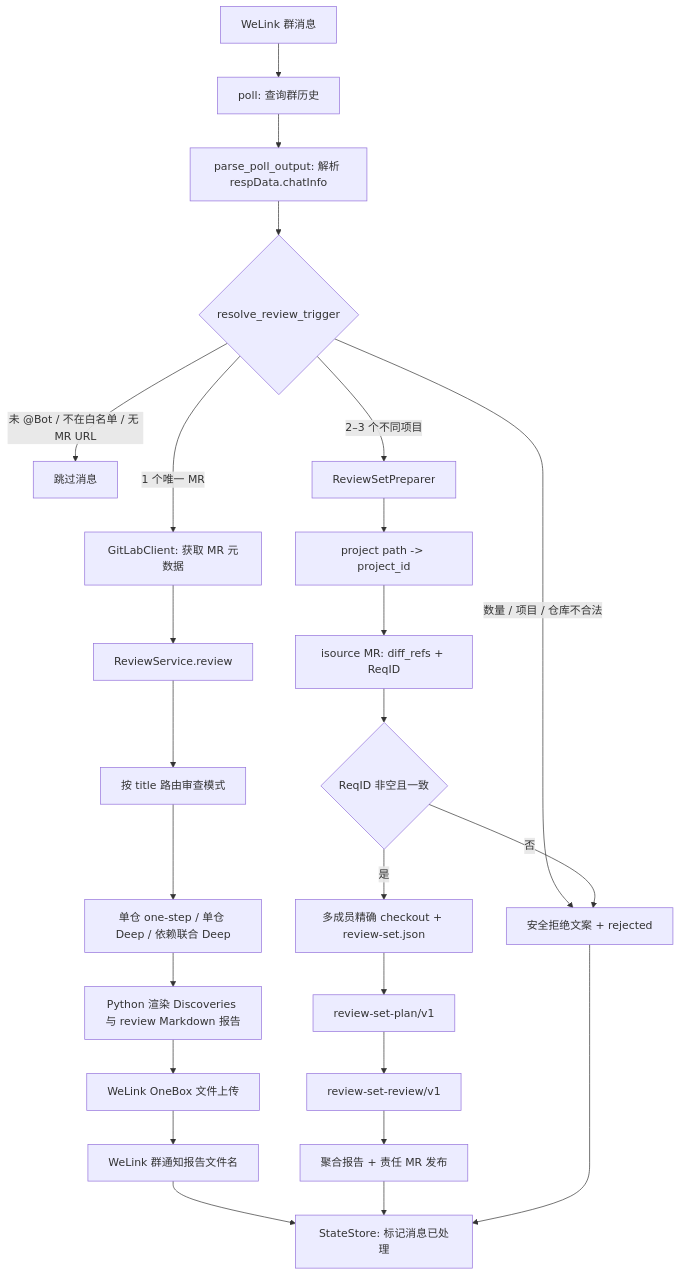
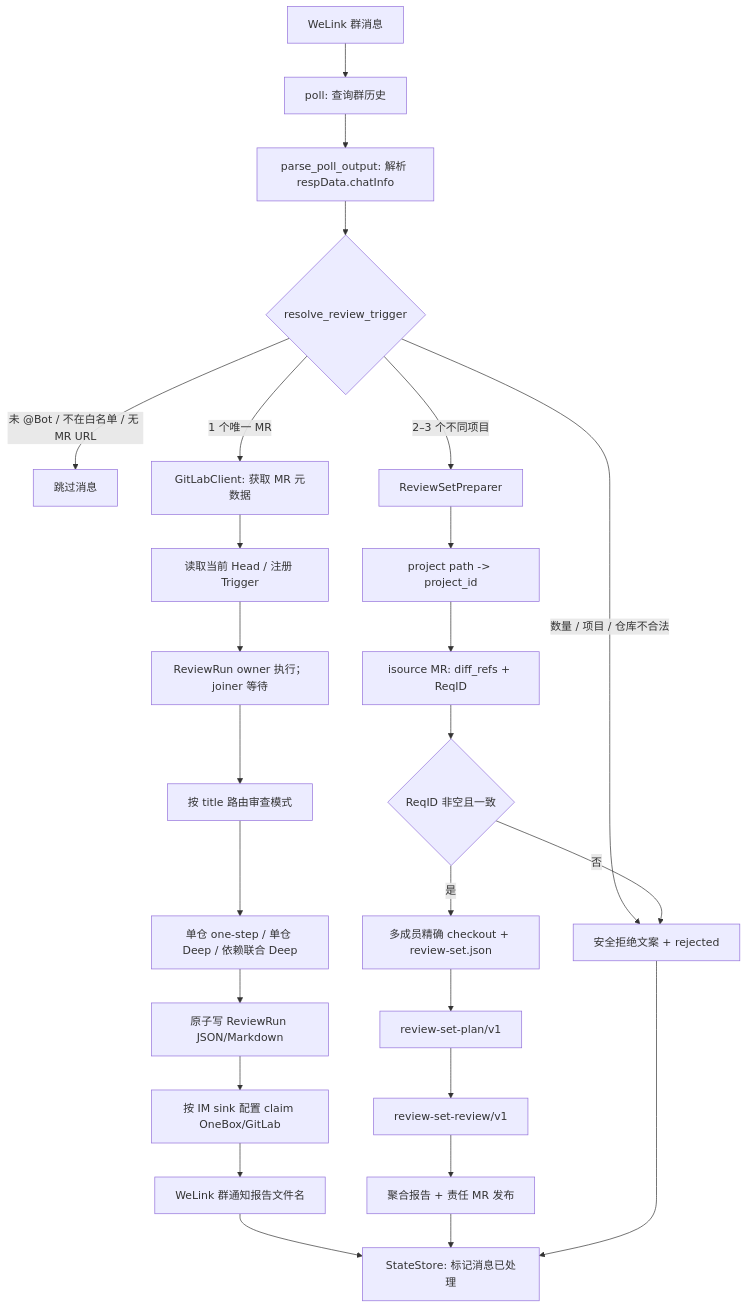
Before and after one commit to Faye-663/code-mr-reviewer: the second of 3 diagrams in docs/DESIGN.md, drawn with Mermaid. The commit also changed other lines of this file and 20 other files, not shown here.

````diff
--- a/docs/DESIGN.md
+++ b/docs/DESIGN.md
@@ -39,27 +43,28 @@
 ```mermaid
 flowchart TD
     A["WeLink 群消息"] --> B["poll: 查询群历史"]
     B --> C["parse_poll_output: 解析 respData.chatInfo"]
     C --> D{"resolve_review_trigger"}
     D -- "未 @Bot / 不在白名单 / 无 MR URL" --> E["跳过消息"]
     D -- "1 个唯一 MR" --> F["GitLabClient: 获取 MR 元数据"]
     D -- "2–3 个不同项目" --> R["ReviewSetPreparer"]
     D -- "数量 / 项目 / 仓库不合法" --> X["安全拒绝文案 + rejected"]
-    F --> G["ReviewService.review"]
+    F --> F2["读取当前 Head / 注册 Trigger"]
+    F2 --> G["ReviewRun owner 执行；joiner 等待"]
     G --> H["按 title 路由审查模式"]
     H --> H2["单仓 one-step / 单仓 Deep / 依赖联合 Deep"]
-    H2 --> I["Python 渲染 Discoveries 与 review Markdown 报告"]
-    I --> J["WeLink OneBox 文件上传"]
+    H2 --> I["原子写 ReviewRun JSON/Markdown"]
+    I --> J["按 IM sink 配置 claim OneBox/GitLab"]
     J --> K["WeLink 群通知报告文件名"]
     K --> L["StateStore: 标记消息已处理"]
     R --> R2["project path -> project_id"]
     R2 --> R3["isource MR: diff_refs + ReqID"]
     R3 --> R4{"ReqID 非空且一致"}
     R4 -- "否" --> X
     R4 -- "是" --> R5["多成员精确 checkout + review-set.json"]
     R5 --> R6["review-set-plan/v1"]
     R6 --> R7["review-set-review/v1"]
     R7 --> R8["聚合报告 + 责任 MR 发布"]
     R8 --> L
     X --> L
 ```
````
